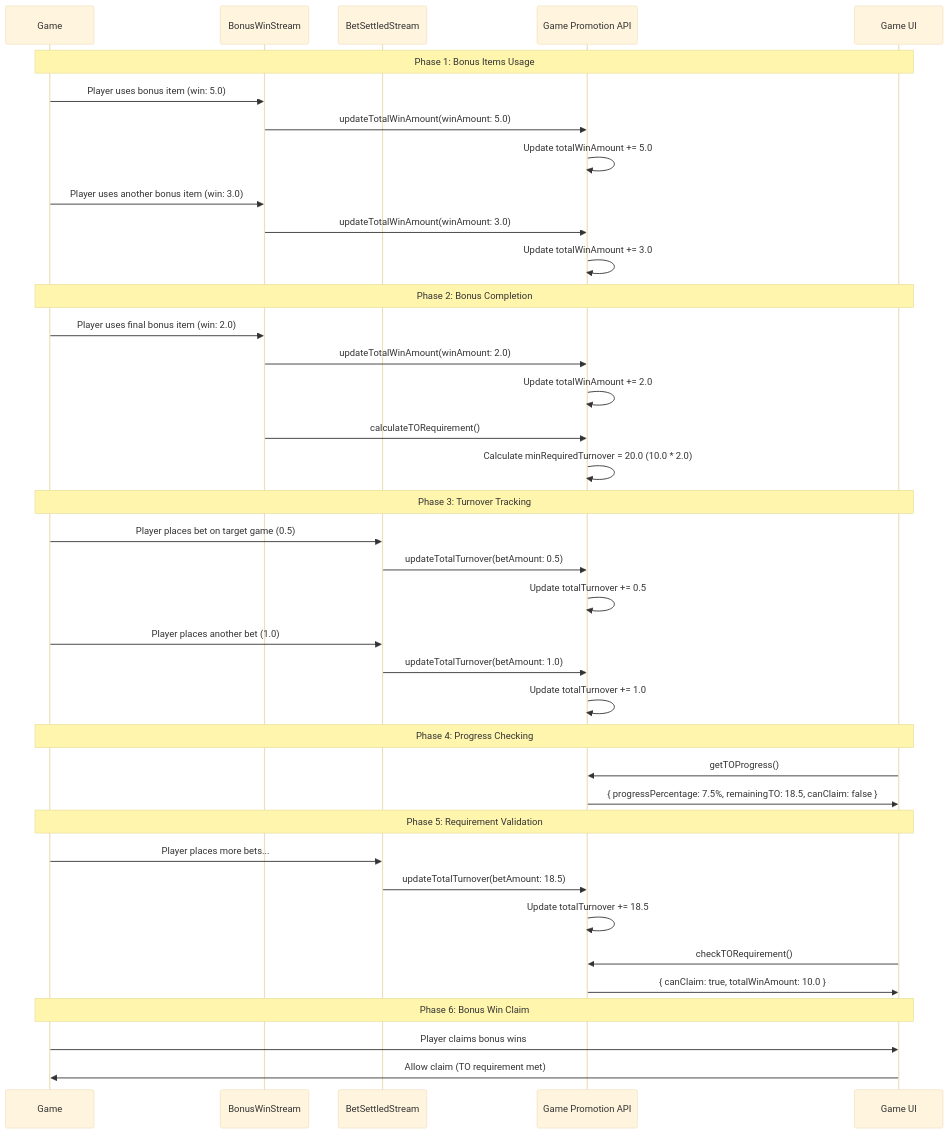
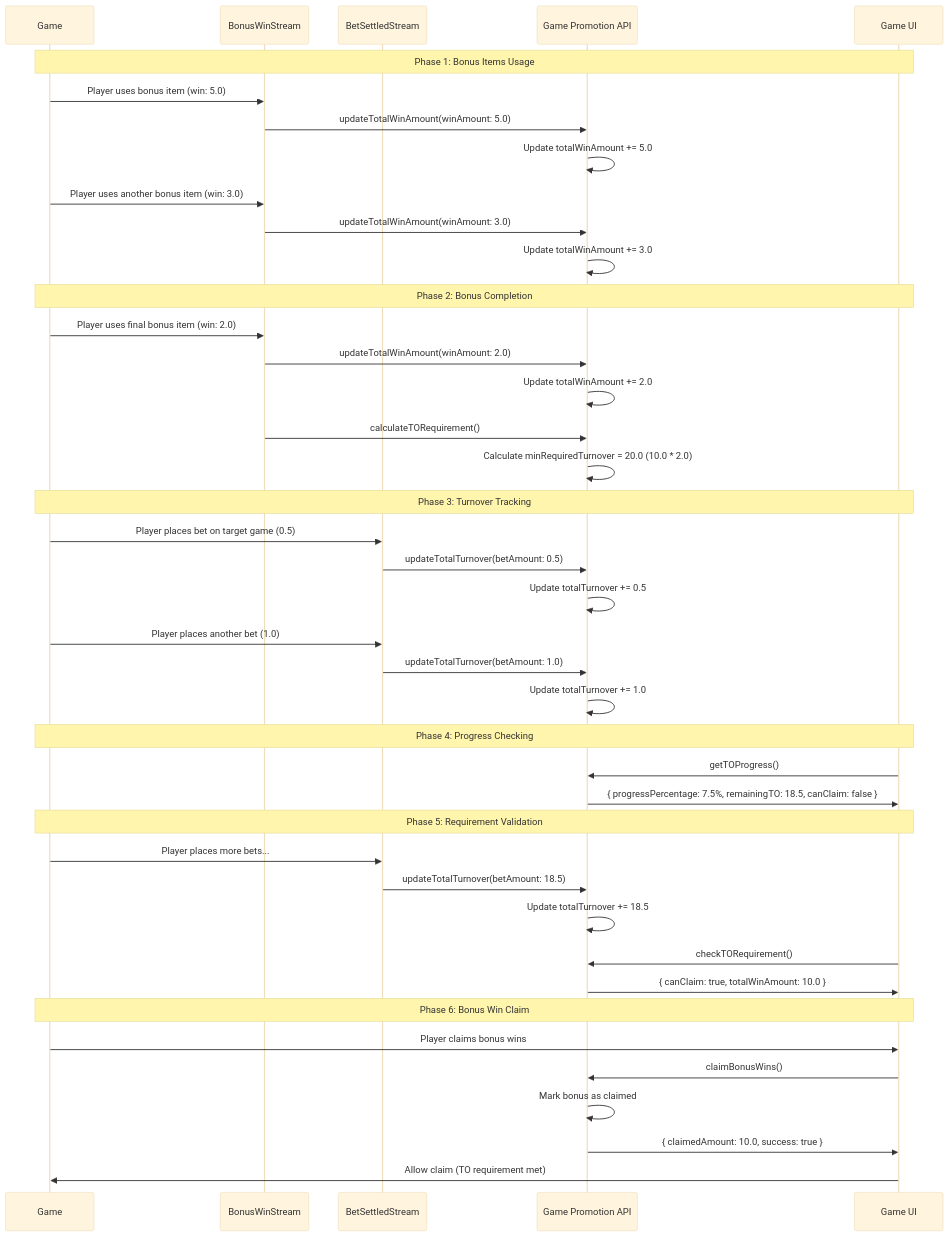
One commit to starixvn/l1_backend-services_game-promotion-api changed the diagram in TO_TRACKING_APIS.md. Above: the diagram before and after it, drawn with Mermaid (base theme). The commit also changed other lines of this file and 14 other files, not shown here.

Commit message:
feat: add API claim-claim-bonus-wins

````diff
--- a/TO_TRACKING_APIS.md
+++ b/TO_TRACKING_APIS.md
@@ -514,49 +596,52 @@
 ```mermaid
 sequenceDiagram
     participant Game
     participant BonusWinStream
     participant BetSettledStream
     participant API as Game Promotion API
     participant UI as Game UI
 
     Note over Game,UI: Phase 1: Bonus Items Usage
     Game->>BonusWinStream: Player uses bonus item (win: 5.0)
     BonusWinStream->>API: updateTotalWinAmount(winAmount: 5.0)
     API->>API: Update totalWinAmount += 5.0
 
     Game->>BonusWinStream: Player uses another bonus item (win: 3.0)
     BonusWinStream->>API: updateTotalWinAmount(winAmount: 3.0)
     API->>API: Update totalWinAmount += 3.0
 
     Note over Game,UI: Phase 2: Bonus Completion
     Game->>BonusWinStream: Player uses final bonus item (win: 2.0)
     BonusWinStream->>API: updateTotalWinAmount(winAmount: 2.0)
     API->>API: Update totalWinAmount += 2.0
     BonusWinStream->>API: calculateTORequirement()
     API->>API: Calculate minRequiredTurnover = 20.0 (10.0 * 2.0)
 
     Note over Game,UI: Phase 3: Turnover Tracking
     Game->>BetSettledStream: Player places bet on target game (0.5)
     BetSettledStream->>API: updateTotalTurnover(betAmount: 0.5)
     API->>API: Update totalTurnover += 0.5
 
     Game->>BetSettledStream: Player places another bet (1.0)
     BetSettledStream->>API: updateTotalTurnover(betAmount: 1.0)
     API->>API: Update totalTurnover += 1.0
 
     Note over Game,UI: Phase 4: Progress Checking
     UI->>API: getTOProgress()
     API->>UI: { progressPercentage: 7.5%, remainingTO: 18.5, canClaim: false }
 
     Note over Game,UI: Phase 5: Requirement Validation
     Game->>BetSettledStream: Player places more bets...
     BetSettledStream->>API: updateTotalTurnover(betAmount: 18.5)
     API->>API: Update totalTurnover += 18.5
 
     UI->>API: checkTORequirement()
     API->>UI: { canClaim: true, totalWinAmount: 10.0 }
 
     Note over Game,UI: Phase 6: Bonus Win Claim
     Game->>UI: Player claims bonus wins
+    UI->>API: claimBonusWins()
+    API->>API: Mark bonus as claimed
+    API->>UI: { claimedAmount: 10.0, success: true }
     UI->>Game: Allow claim (TO requirement met)
 ```
````
